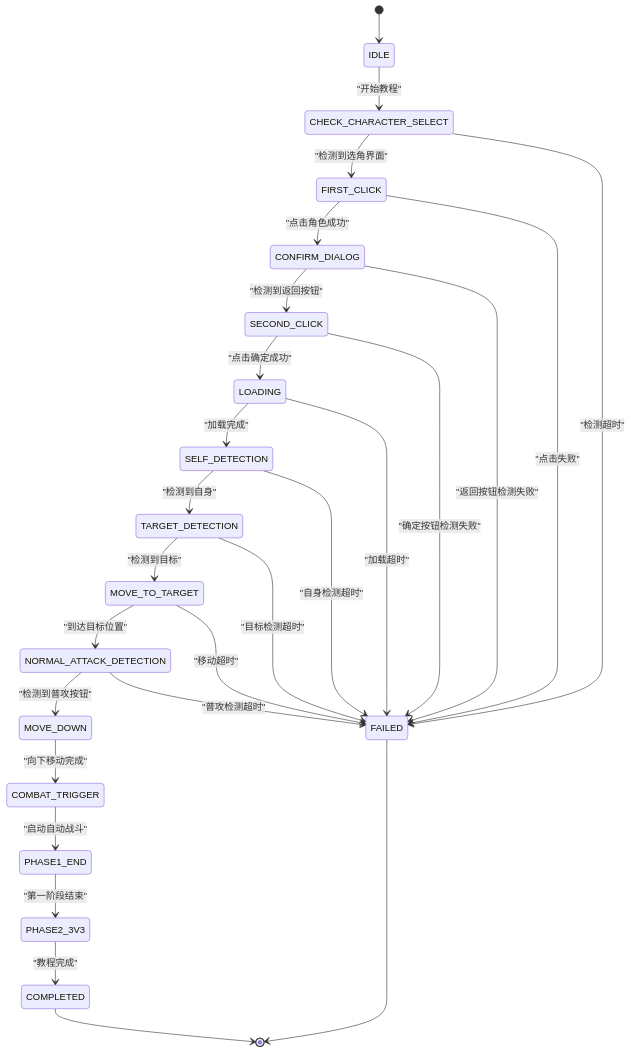
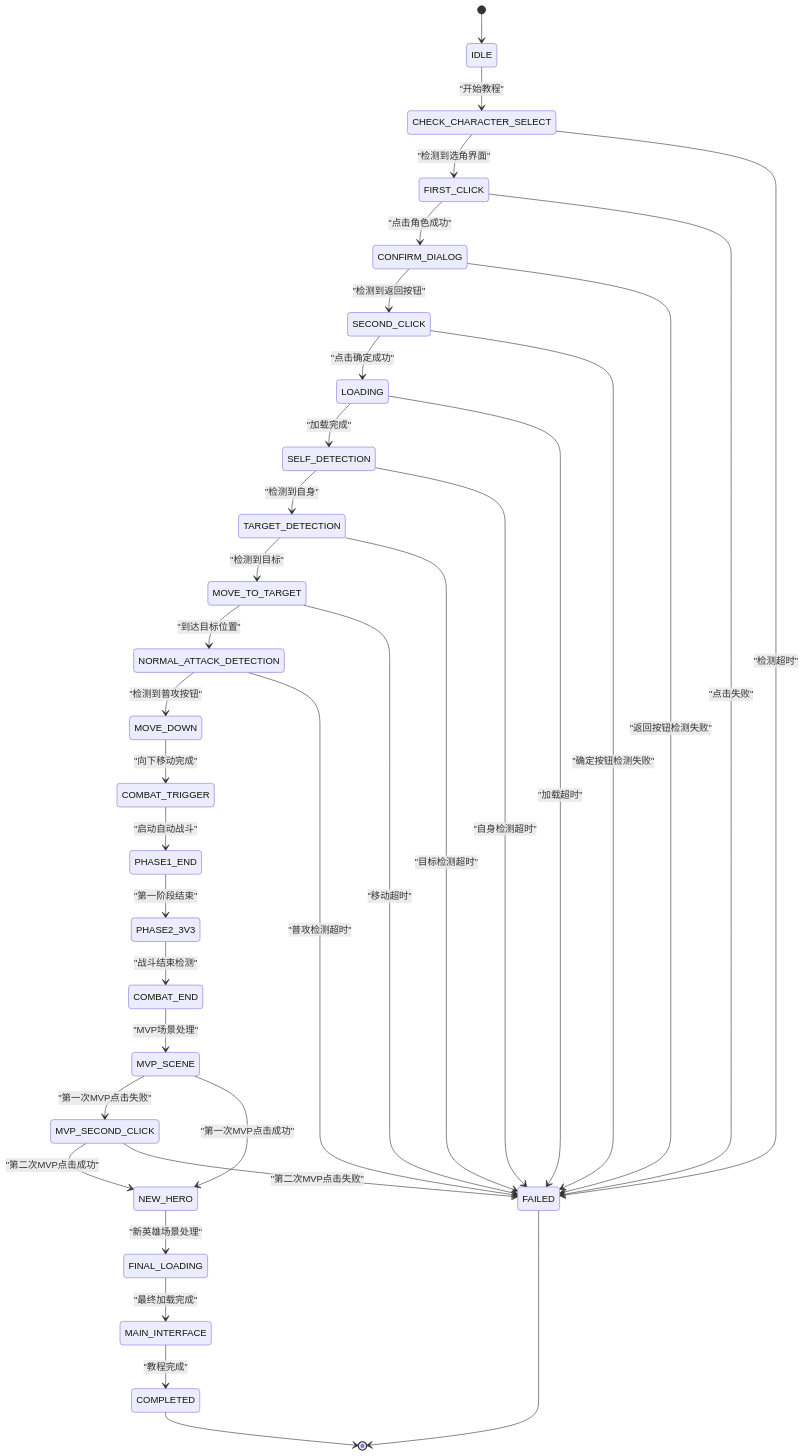
The fifth of 9 diagrams in .qoder/repowiki/zh/content/核心系统架构/教程功能常量.md (xsy098-max/ok-jump), drawn with Mermaid before and after one commit. The commit also changed other lines of this file and 19 other files, not shown here.

````diff
--- a/.qoder/repowiki/zh/content/核心系统架构/教程功能常量.md
+++ b/.qoder/repowiki/zh/content/核心系统架构/教程功能常量.md
@@ -211,29 +220,37 @@
 ```mermaid
 stateDiagram-v2
 [*] --> IDLE
 IDLE --> CHECK_CHARACTER_SELECT : "开始教程"
 CHECK_CHARACTER_SELECT --> FIRST_CLICK : "检测到选角界面"
 CHECK_CHARACTER_SELECT --> FAILED : "检测超时"
 FIRST_CLICK --> CONFIRM_DIALOG : "点击角色成功"
 FIRST_CLICK --> FAILED : "点击失败"
 CONFIRM_DIALOG --> SECOND_CLICK : "检测到返回按钮"
 CONFIRM_DIALOG --> FAILED : "返回按钮检测失败"
 SECOND_CLICK --> LOADING : "点击确定成功"
 SECOND_CLICK --> FAILED : "确定按钮检测失败"
 LOADING --> SELF_DETECTION : "加载完成"
 LOADING --> FAILED : "加载超时"
 SELF_DETECTION --> TARGET_DETECTION : "检测到自身"
 SELF_DETECTION --> FAILED : "自身检测超时"
 TARGET_DETECTION --> MOVE_TO_TARGET : "检测到目标"
 TARGET_DETECTION --> FAILED : "目标检测超时"
 MOVE_TO_TARGET --> NORMAL_ATTACK_DETECTION : "到达目标位置"
 MOVE_TO_TARGET --> FAILED : "移动超时"
 NORMAL_ATTACK_DETECTION --> MOVE_DOWN : "检测到普攻按钮"
 NORMAL_ATTACK_DETECTION --> FAILED : "普攻检测超时"
 MOVE_DOWN --> COMBAT_TRIGGER : "向下移动完成"
 COMBAT_TRIGGER --> PHASE1_END : "启动自动战斗"
 PHASE1_END --> PHASE2_3V3 : "第一阶段结束"
-PHASE2_3V3 --> COMPLETED : "教程完成"
+PHASE2_3V3 --> COMBAT_END : "战斗结束检测"
+COMBAT_END --> MVP_SCENE : "MVP场景处理"
+MVP_SCENE --> MVP_SECOND_CLICK : "第一次MVP点击失败"
+MVP_SCENE --> NEW_HERO : "第一次MVP点击成功"
+MVP_SECOND_CLICK --> NEW_HERO : "第二次MVP点击成功"
+MVP_SECOND_CLICK --> FAILED : "第二次MVP点击失败"
+NEW_HERO --> FINAL_LOADING : "新英雄场景处理"
+FINAL_LOADING --> MAIN_INTERFACE : "最终加载完成"
+MAIN_INTERFACE --> COMPLETED : "教程完成"
 COMPLETED --> [*]
 FAILED --> [*]
 ```
````
